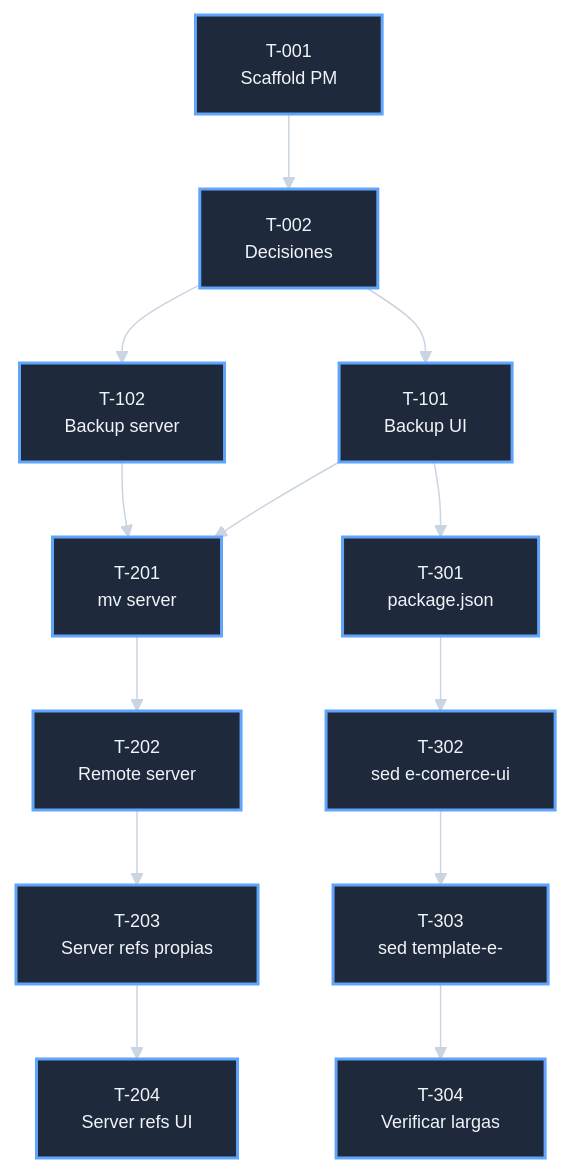
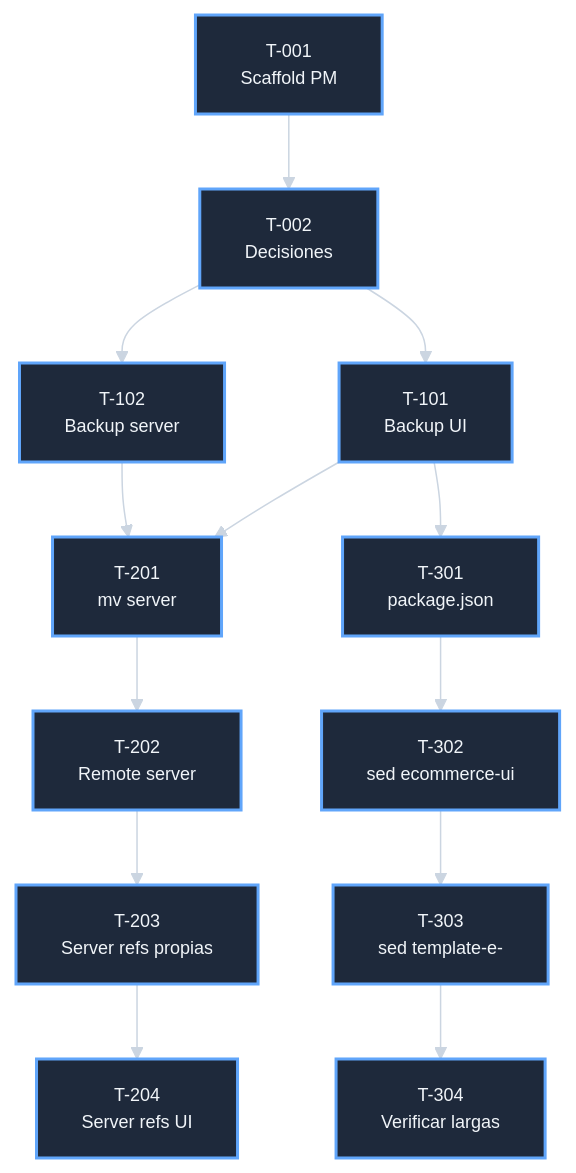
One commit to jcg-admin/template-ecommerce-ui changed the second of 2 diagrams in docs/pm/iniciativas/corregir-nomenclatura-ecommerce-y-estilo-diagramas/plan-corregir-nomenclatura-ecommerce-y-estilo-diagramas.md. Above: the diagram before and after it, drawn with Mermaid. The commit also changed other lines of this file and 251 other files, not shown here.

First line of the commit message:
Rename e-comerce-ui to ecommerce-ui (F3)

````diff
--- a/docs/pm/iniciativas/corregir-nomenclatura-ecommerce-y-estilo-diagramas/plan-corregir-nomenclatura-ecommerce-y-estilo-diagramas.md
+++ b/docs/pm/iniciativas/corregir-nomenclatura-ecommerce-y-estilo-diagramas/plan-corregir-nomenclatura-ecommerce-y-estilo-diagramas.md
@@ -151,39 +151,39 @@
 ```mermaid
 %%{init: {'theme':'base', 'themeVariables': {
   'background': '#0f172a',
   'primaryColor': '#1e293b',
   'primaryTextColor': '#f1f5f9',
   'primaryBorderColor': '#94a3b8',
   'lineColor': '#cbd5e1',
   'fontSize': '12px'
 }}}%%
 flowchart TB
     tarea_t001_scaffold[T-001<br/>Scaffold PM]
     tarea_t002_decisiones[T-002<br/>Decisiones]
     tarea_t101_backup_ui[T-101<br/>Backup UI]
     tarea_t102_backup_server[T-102<br/>Backup server]
     tarea_t201_mv_server[T-201<br/>mv server]
     tarea_t202_remote_server[T-202<br/>Remote server]
     tarea_t203_refs_server_propias[T-203<br/>Server refs propias]
     tarea_t204_refs_server_a_ui[T-204<br/>Server refs UI]
     tarea_t301_package_json[T-301<br/>package.json]
-    tarea_t302_sed_e_comerce_ui[T-302<br/>sed e-comerce-ui]
+    tarea_t302_sed_e_comerce_ui[T-302<br/>sed ecommerce-ui]
     tarea_t303_sed_template_e[T-303<br/>sed template-e-]
     tarea_t304_verificar_largas[T-304<br/>Verificar largas]
 
     tarea_t001_scaffold --> tarea_t002_decisiones
     tarea_t002_decisiones --> tarea_t101_backup_ui
     tarea_t002_decisiones --> tarea_t102_backup_server
     tarea_t101_backup_ui --> tarea_t201_mv_server
     tarea_t102_backup_server --> tarea_t201_mv_server
     tarea_t201_mv_server --> tarea_t202_remote_server
     tarea_t202_remote_server --> tarea_t203_refs_server_propias
     tarea_t203_refs_server_propias --> tarea_t204_refs_server_a_ui
     tarea_t101_backup_ui --> tarea_t301_package_json
     tarea_t301_package_json --> tarea_t302_sed_e_comerce_ui
     tarea_t302_sed_e_comerce_ui --> tarea_t303_sed_template_e
     tarea_t303_sed_template_e --> tarea_t304_verificar_largas
 
     classDef pendingNode fill:#1e293b,stroke:#60a5fa,stroke-width:2px,color:#f1f5f9
     class tarea_t001_scaffold,tarea_t002_decisiones,tarea_t101_backup_ui,tarea_t102_backup_server,tarea_t201_mv_server,tarea_t202_remote_server,tarea_t203_refs_server_propias,tarea_t204_refs_server_a_ui,tarea_t301_package_json,tarea_t302_sed_e_comerce_ui,tarea_t303_sed_template_e,tarea_t304_verificar_largas pendingNode
 ```
````
